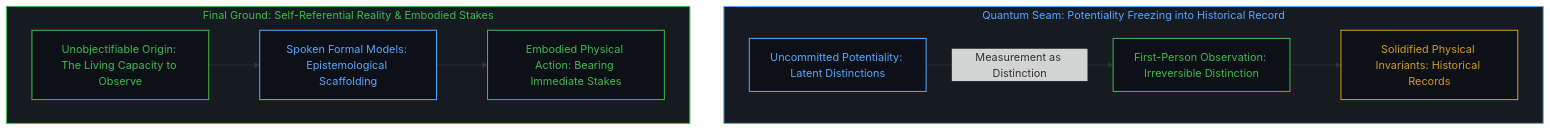
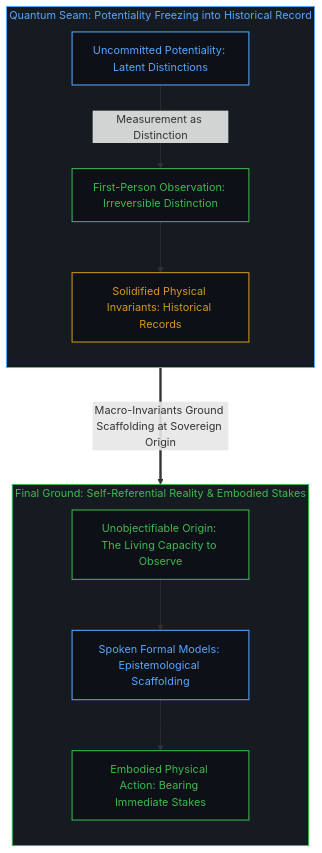
Before and after one commit to powerpig99/not-a-toe: the tenth of 10 diagrams in content/posts/all-that-can-be-spoken-is-the-product-of-the-unspeakable.md, drawn with Mermaid. The commit also changed other lines of this file and 1 other file, not shown here.

Commit message:
Convert Post #333 Mermaid diagrams to strictly vertical mobile-friendly top-down flow and add audit invariant

````diff
--- a/content/posts/all-that-can-be-spoken-is-the-product-of-the-unspeakable.md
+++ b/content/posts/all-that-can-be-spoken-is-the-product-of-the-unspeakable.md
@@ -321,25 +357,29 @@
 ```mermaid
 graph TD
     classDef default fill:#0d1117,stroke:#30363d,stroke-width:1px,color:#f0f6fc;
     classDef mind fill:#0d1117,stroke:#3fb950,stroke-width:1.5px,color:#3fb950;
     classDef failure fill:#0d1117,stroke:#f85149,stroke-width:1.5px,color:#f85149;
     classDef scaffold fill:#0d1117,stroke:#d29922,stroke-width:1.5px,color:#d29922;
     classDef model fill:#0d1117,stroke:#58a6ff,stroke-width:1.5px,color:#58a6ff;
 
     subgraph S_QuantumPhase_EN ["Quantum Seam: Potentiality Freezing into Historical Record"]
+        direction TB
         QE1["Uncommitted Potentiality: Latent Distinctions"]:::model
         QE2["First-Person Observation: Irreversible Distinction"]:::mind
         QE3["Solidified Physical Invariants: Historical Records"]:::scaffold
         QE1 -->|"Measurement as Distinction"| QE2 --> QE3
     end
 
     subgraph S_EmbodiedCausality_EN ["Final Ground: Self-Referential Reality & Embodied Stakes"]
+        direction TB
         CE1["Unobjectifiable Origin: The Living Capacity to Observe"]:::mind
         CE2["Spoken Formal Models: Epistemological Scaffolding"]:::model
         CE3["Embodied Physical Action: Bearing Immediate Stakes"]:::mind
         CE1 --> CE2 --> CE3
     end
 
+    QE3 ===>|"Macro-Invariants Ground Scaffolding at Sovereign Origin"| CE1
+
     style S_QuantumPhase_EN fill:#161b22,stroke:#58a6ff,stroke-width:1.5px,color:#58a6ff
     style S_EmbodiedCausality_EN fill:#161b22,stroke:#3fb950,stroke-width:1.5px,color:#3fb950
 ```
````
